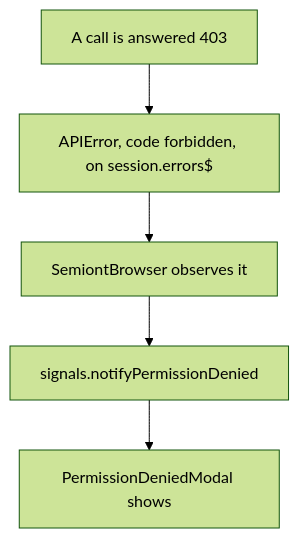
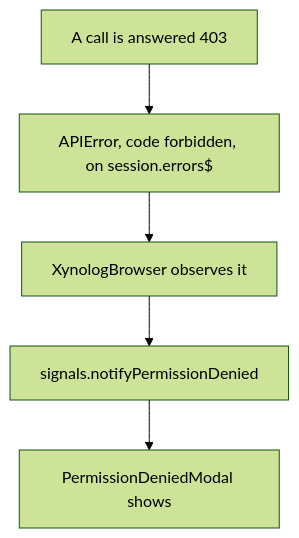
One commit to Xynoplex/images changed the diagram in browser/docs/AUTHORIZATION.md. Above: the diagram before and after it, drawn with Mermaid (forest theme). The commit also changed other lines of this file and 732 other files, not shown here.

First line of the commit message:
Rename Xynoplex and Semiont to Xynolog (#16)

````diff
--- a/browser/docs/AUTHORIZATION.md
+++ b/browser/docs/AUTHORIZATION.md
@@ -50,7 +50,7 @@
 ```mermaid
 flowchart TD
     A[A call is answered 403] --> C[APIError, code forbidden, on session.errors$]
-    C --> D[SemiontBrowser observes it]
+    C --> D[XynologBrowser observes it]
     D --> E[signals.notifyPermissionDenied]
     E --> G[PermissionDeniedModal shows]
 ```
````
